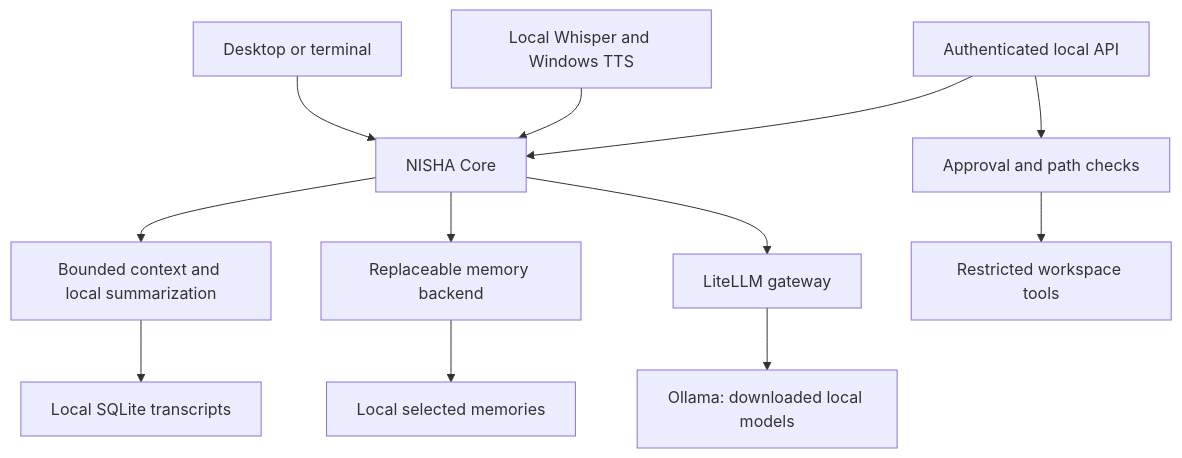
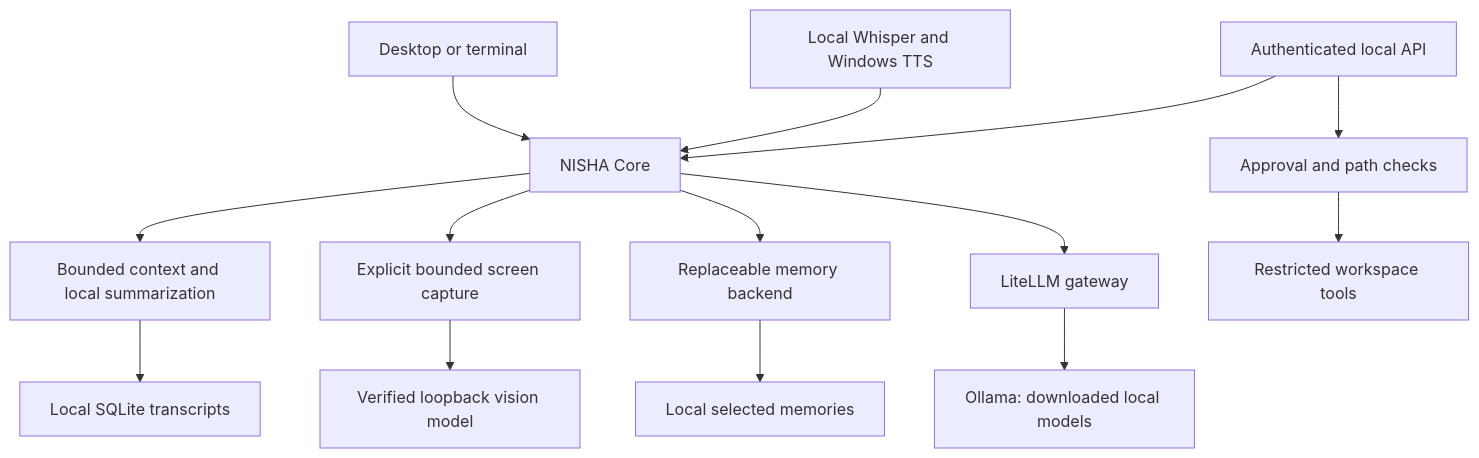
One commit to nishchalchavaj/NISHA-Personal_Ai changed the diagram in docs/architecture.md. Above: the diagram before and after it, drawn with Mermaid. The commit also changed other lines of this file and 23 other files, not shown here.

````diff
--- a/docs/architecture.md
+++ b/docs/architecture.md
@@ -7,14 +7,16 @@
 ```mermaid
 flowchart TD
     Desktop[Desktop or terminal] --> Core[NISHA Core]
     Voice[Local Whisper and Windows TTS] --> Core
     API[Authenticated local API] --> Core
     Core --> Context[Bounded context and local summarization]
+    Core --> Screen[Explicit bounded screen capture]
+    Screen --> Vision[Verified loopback vision model]
     Core --> Memory[Replaceable memory backend]
     Context --> Store[Local SQLite transcripts]
     Memory --> Selected[Local selected memories]
     Core --> Gateway[LiteLLM gateway]
     Gateway --> Ollama[Ollama: downloaded local models]
     API --> Permissions[Approval and path checks]
     Permissions --> Tools[Restricted workspace tools]
 ```
````
